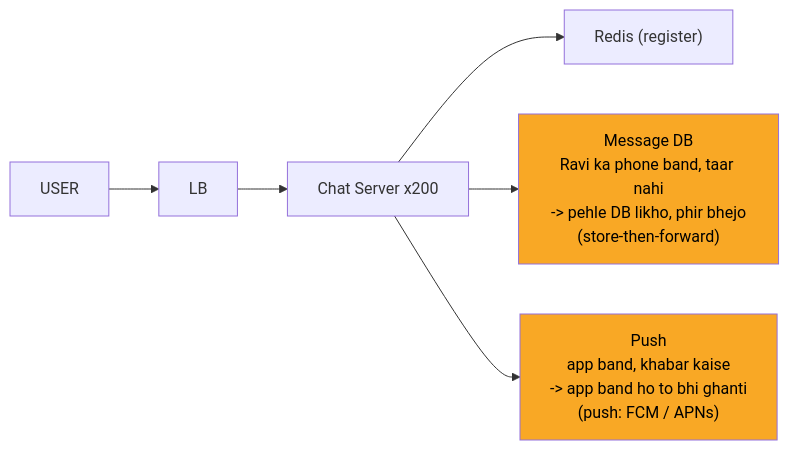
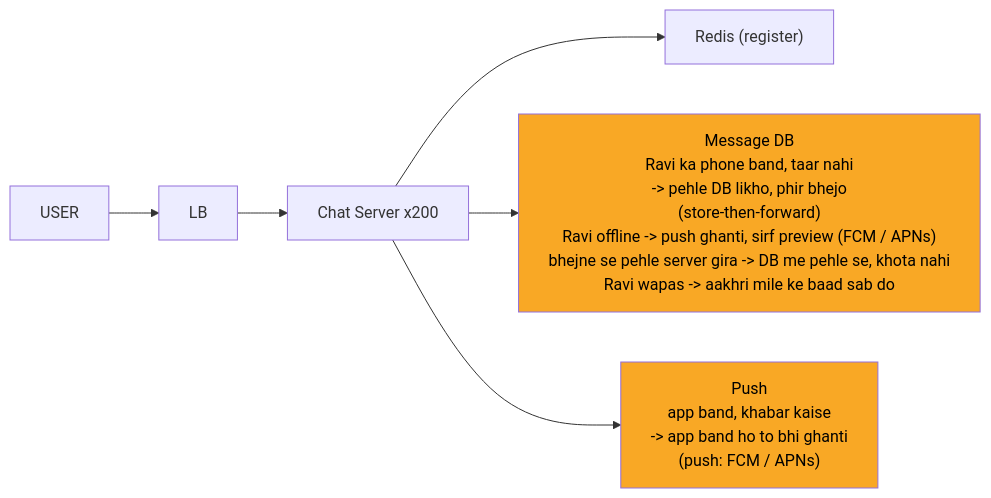
One commit to ArpanMaheshwari144/Prep changed the fourth of 12 diagrams in 04_HLD/SYSTEM_DESIGNS/14_chat_messaging/14_chat_messaging.md. Above: the diagram before and after it, drawn with Mermaid. The commit also changed other lines of this file and 12 other files, not shown here.

Commit message:
hld 02-14: peele dabbe me SAFAR ke mod + diagram chauda (wrappingWidth 450)

````diff
--- a/04_HLD/SYSTEM_DESIGNS/14_chat_messaging/14_chat_messaging.md
+++ b/04_HLD/SYSTEM_DESIGNS/14_chat_messaging/14_chat_messaging.md
@@ -190,16 +193,17 @@
 ```mermaid
+%%{init: {"flowchart": {"wrappingWidth": 450}}}%%
 flowchart LR
     n_U["USER"]
     n_LB["LB"]
     n_CS["Chat Server x200"]
     n_R["Redis (register)"]
-    n_DB["Message DB<br/>Ravi ka phone band, taar nahi<br/>-> pehle DB likho, phir bhejo<br/>(store-then-forward)"]
+    n_DB["Message DB<br/>Ravi ka phone band, taar nahi<br/>-> pehle DB likho, phir bhejo<br/>(store-then-forward)<br/>Ravi offline -> push ghanti, sirf preview (FCM / APNs)<br/>bhejne se pehle server gira -> DB me pehle se, khota nahi<br/>Ravi wapas -> aakhri mile ke baad sab do"]
     n_P["Push<br/>app band, khabar kaise<br/>-> app band ho to bhi ghanti<br/>(push: FCM / APNs)"]
     n_U --> n_LB
     n_LB --> n_CS
     n_CS --> n_R
     n_CS --> n_DB
     n_CS --> n_P
     style n_DB fill:#f9a825,color:#000
     style n_P fill:#f9a825,color:#000
 ```
````
